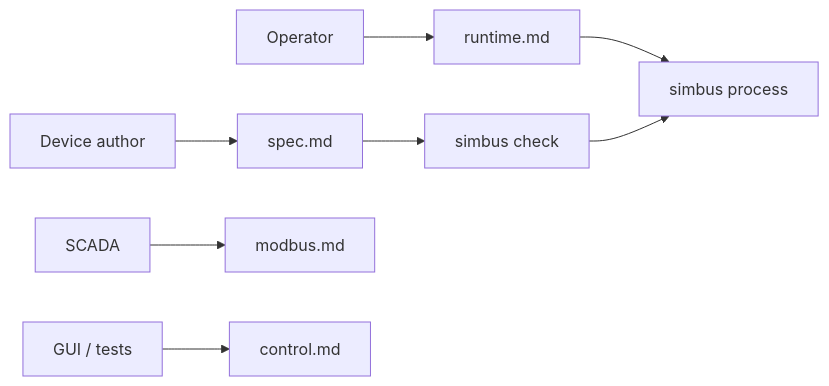
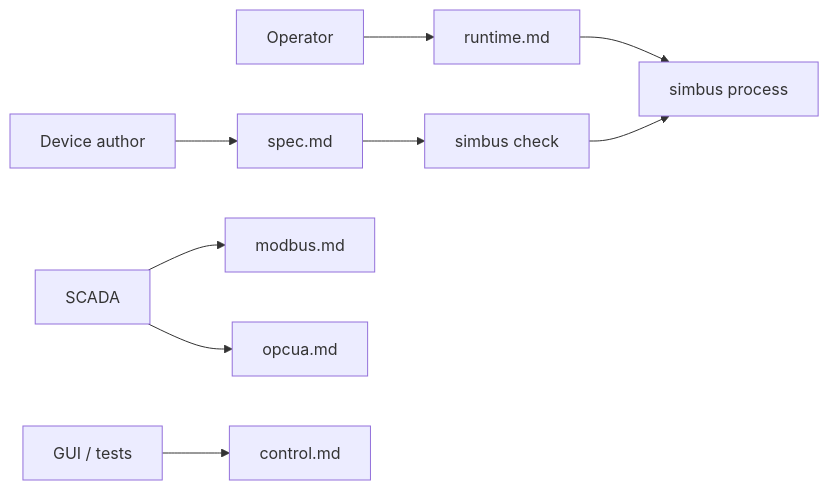
Before and after one commit to obsidia-systems/simbus: the diagram in docs/README.md, drawn with Mermaid. The commit also changed other lines of this file and 25 other files, not shown here.

````diff
--- a/docs/README.md
+++ b/docs/README.md
@@ -51,10 +51,11 @@
 ```mermaid
 flowchart LR
     author[Device author] --> spec[spec.md]
     operator[Operator] --> runtime[runtime.md]
     scada[SCADA] --> modbus[modbus.md]
+    scada --> opcua[opcua.md]
     gui[GUI / tests] --> control[control.md]
     spec --> check["simbus check"]
     runtime --> process[simbus process]
     check --> process
 ```
````
